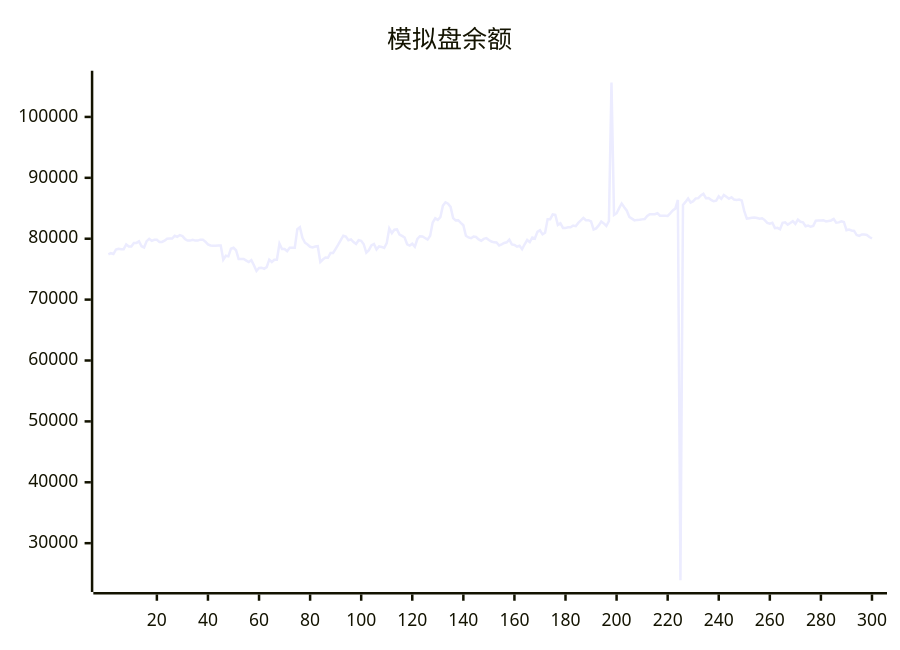
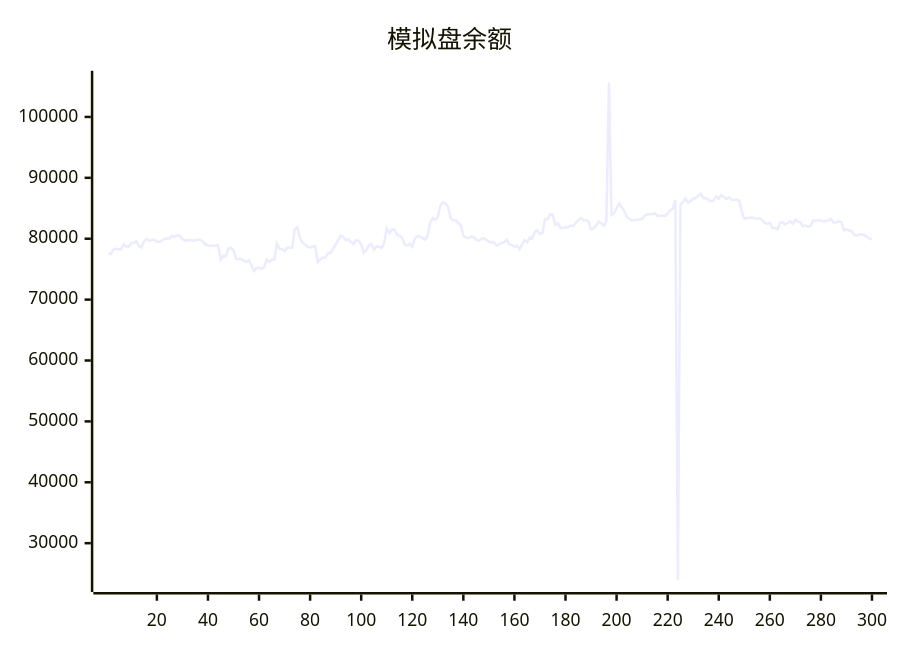
Before and after one commit to aahl/ai-trading: the diagram in README.md, drawn with Mermaid. The commit also changed other lines of this file and 1 other file, not shown here.

````diff
--- a/README.md
+++ b/README.md
@@ -5,5 +5,5 @@
 ```mermaid
 xychart
     title "模拟盘余额"
-    line [77432,77623,77504,78235,78358,78284,78277,79048,78714,78714,79290,79308,79567,78763,78563,79603,79988,79652,79813,79813,79476,79469,79673,79995,80015,80015,80486,80314,80600,80436,79966,79689,79689,79819,79692,79692,79850,79850,79518,79071,78889,78850,78850,78878,78878,76554,77202,77103,78357,78510,78106,76678,76677,76672,76411,76159,76485,75656,74695,75197,75246,75052,75334,76564,76179,76553,76551,79196,78300,78300,77944,78531,78531,78521,81564,81884,80160,79335,79055,78675,78580,78708,78764,76179,76586,76902,76876,77658,77669,78346,79023,79769,80497,80366,79761,79896,79448,79126,79749,79658,79097,77695,78114,78888,79126,78249,78738,78653,78478,79271,81680,80923,81488,81527,80681,80455,80190,79084,78879,79193,78686,79954,80403,80374,80118,79848,80491,82665,83351,83098,83525,85430,85983,85737,85221,83378,83014,83043,82613,82216,80477,80208,80081,80348,80277,79894,79670,79965,80093,79786,79542,79406,79371,78893,79087,79304,79406,79841,79072,78978,78696,78846,78272,79085,79787,79442,80198,80031,81120,81379,80718,80985,83214,83212,83993,83921,82270,82547,81776,81776,81866,81866,82158,82061,82596,83000,83408,83041,83050,82858,81503,81691,82188,82812,82517,82092,82901,105633,83898,84180,85030,85781,85178,84604,83569,83298,83008,83093,83107,83175,83228,83729,84025,84017,84019,84177,83775,83762,83785,83738,84160,84639,84939,86370,23934,85548,86046,86599,85942,86161,86622,86664,87115,87369,86666,86685,86384,86152,86243,86969,86548,87164,86885,86566,86809,86427,86348,86417,86273,84538,83299,83369,83430,83490,83404,83270,83362,83056,82605,82459,82614,81734,81788,81551,82598,82702,82320,82580,82878,82426,83139,82778,82686,82056,82166,81963,82110,82951,82983,82984,83038,82838,82915,82998,83235,82642,82682,82858,82746,81396,81512,81362,81277,80600,80461,80699,80673,80616,80288,80038]
+    line [77623,77504,78235,78358,78284,78277,79048,78714,78714,79290,79308,79567,78763,78563,79603,79988,79652,79813,79813,79476,79469,79673,79995,80015,80015,80486,80314,80600,80436,79966,79689,79689,79819,79692,79692,79850,79850,79518,79071,78889,78850,78850,78878,78878,76554,77202,77103,78357,78510,78106,76678,76677,76672,76411,76159,76485,75656,74695,75197,75246,75052,75334,76564,76179,76553,76551,79196,78300,78300,77944,78531,78531,78521,81564,81884,80160,79335,79055,78675,78580,78708,78764,76179,76586,76902,76876,77658,77669,78346,79023,79769,80497,80366,79761,79896,79448,79126,79749,79658,79097,77695,78114,78888,79126,78249,78738,78653,78478,79271,81680,80923,81488,81527,80681,80455,80190,79084,78879,79193,78686,79954,80403,80374,80118,79848,80491,82665,83351,83098,83525,85430,85983,85737,85221,83378,83014,83043,82613,82216,80477,80208,80081,80348,80277,79894,79670,79965,80093,79786,79542,79406,79371,78893,79087,79304,79406,79841,79072,78978,78696,78846,78272,79085,79787,79442,80198,80031,81120,81379,80718,80985,83214,83212,83993,83921,82270,82547,81776,81776,81866,81866,82158,82061,82596,83000,83408,83041,83050,82858,81503,81691,82188,82812,82517,82092,82901,105633,83898,84180,85030,85781,85178,84604,83569,83298,83008,83093,83107,83175,83228,83729,84025,84017,84019,84177,83775,83762,83785,83738,84160,84639,84939,86370,23934,85548,86046,86599,85942,86161,86622,86664,87115,87369,86666,86685,86384,86152,86243,86969,86548,87164,86885,86566,86809,86427,86348,86417,86273,84538,83299,83369,83430,83490,83404,83270,83362,83056,82605,82459,82614,81734,81788,81551,82598,82702,82320,82580,82878,82426,83139,82778,82686,82056,82166,81963,82110,82951,82983,82984,83038,82838,82915,82998,83235,82642,82682,82858,82746,81396,81512,81362,81277,80600,80461,80699,80673,80616,80288,80038,79836]
 ```
````
